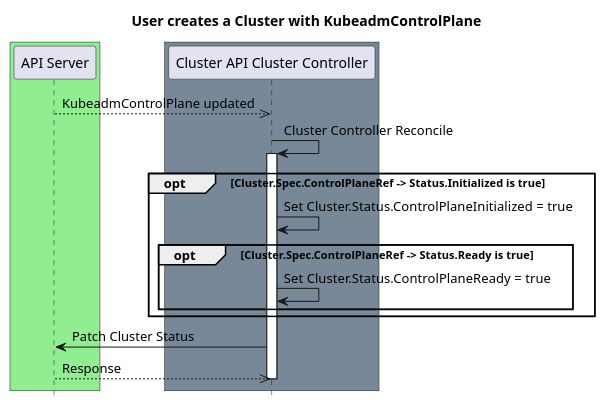
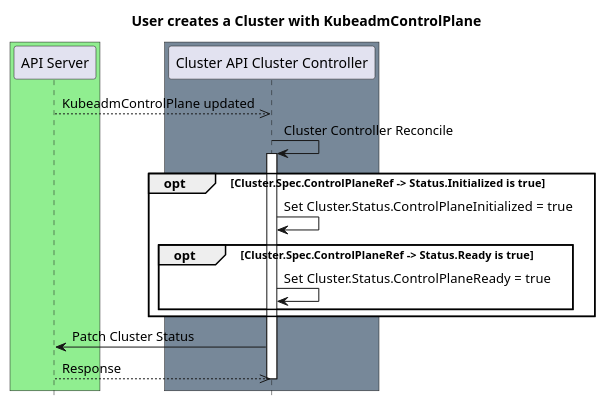
The diagram in docs/proposals/images/controlplane/controlplane-init-4.plantuml (kubernetes-sigs/cluster-api), drawn with PlantUML before and after one commit. The commit also changed 42 other files, not shown here.

Commit message:
Update docs/Makefile. Fix proposal diagrams transparency issue with new PlantUML version.

```diff
--- a/docs/proposals/images/controlplane/controlplane-init-4.plantuml
+++ b/docs/proposals/images/controlplane/controlplane-init-4.plantuml
@@ -1,39 +1,39 @@
 @startuml
 title User creates a Cluster with KubeadmControlPlane
 
 ' -- GROUPS START ---
 
 box #lightgreen
 participant "API Server"
 end box
 
 box #lightslategray
 participant "Cluster API Cluster Controller"
 end box
 
 ' -- GROUPS END ---
 
 "API Server"-->>"Cluster API Cluster Controller": KubeadmControlPlane updated
 
 "Cluster API Cluster Controller"-> "Cluster API Cluster Controller":Cluster Controller Reconcile
 activate "Cluster API Cluster Controller"
 
-opt Cluster.Spec.ControlPlaneRef -> Status.Initialized is true
+opt #white Cluster.Spec.ControlPlaneRef -> Status.Initialized is true
 
 "Cluster API Cluster Controller"-> "Cluster API Cluster Controller":Set Cluster.Status.ControlPlaneInitialized = true
 
 opt Cluster.Spec.ControlPlaneRef -> Status.Ready is true
 
 "Cluster API Cluster Controller"-> "Cluster API Cluster Controller":Set Cluster.Status.ControlPlaneReady = true
 
 end
 
 end
 
 "Cluster API Cluster Controller"->"API Server": Patch Cluster Status
 "Cluster API Cluster Controller"<<--"API Server": Response
 
 deactivate "Cluster API Cluster Controller"
 
 hide footbox
 @enduml
```
